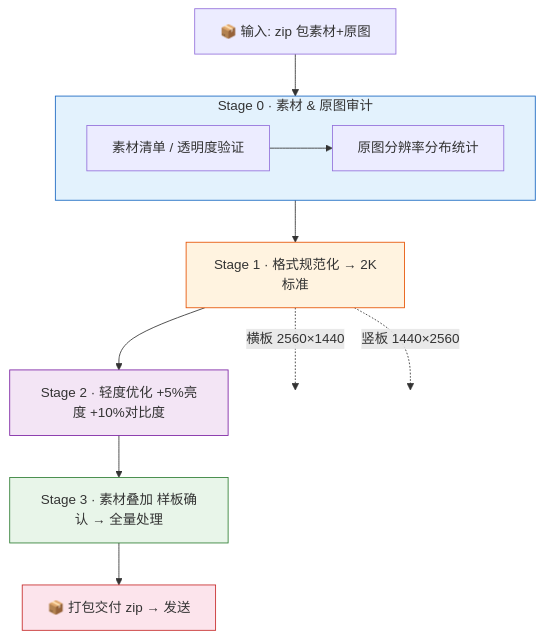
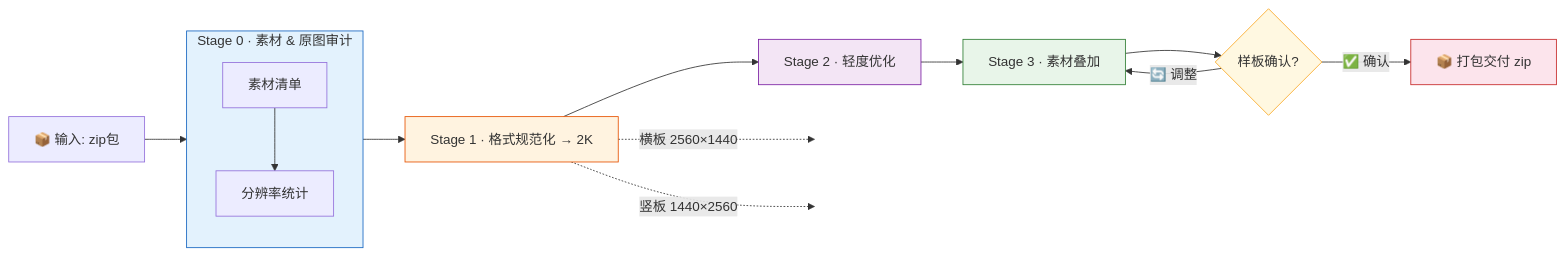
Before and after one commit to Alix2395/mingyuan-venue-image-creator: the diagram in README.md, drawn with Mermaid.

Commit message:
v0.3.1: fix Mermaid LR layout + add 样板确认 feedback loop

````diff
--- a/README.md
+++ b/README.md
@@ -13,24 +13,27 @@
 ```mermaid
-flowchart TD
-    A["📦 输入: zip 包素材+原图"] --> B0
+flowchart LR
+    A["📦 输入: zip包"] --> B0
     
     subgraph B0[Stage 0 · 素材 & 原图审计]
-        B1["素材清单 / 透明度验证"] --> B2["原图分辨率分布统计"]
+        B1["素材清单"] --> B2["分辨率统计"]
     end
     
-    B0 --> C[Stage 1 · 格式规范化 → 2K标准]
-    C --> D[Stage 2 · 轻度优化 +5%亮度 +10%对比度]
-    D --> E[Stage 3 · 素材叠加 样板确认 → 全量处理]
-    E --> F["📦 打包交付 zip → 发送"]
+    B0 --> C[Stage 1 · 格式规范化 → 2K]
+    C --> D[Stage 2 · 轻度优化]
+    D --> E[Stage 3 · 素材叠加]
+    E --> G{样板确认?}
+    G -->|✅ 确认| F["📦 打包交付 zip"]
+    G -->|🔄 调整| E
     
     C -.->|横板 2560×1440| CL[" "]
     C -.->|竖板 1440×2560| CP[" "]
     
     style B0 fill:#e3f2fd,stroke:#1565c0
     style C fill:#fff3e0,stroke:#e65100
     style D fill:#f3e5f5,stroke:#7b1fa2
     style E fill:#e8f5e9,stroke:#2e7d32
     style F fill:#fce4ec,stroke:#c62828
+    style G fill:#fff8e1,stroke:#f9a825
     style CL fill:transparent,stroke:none
     style CP fill:transparent,stroke:none
 ```
````
